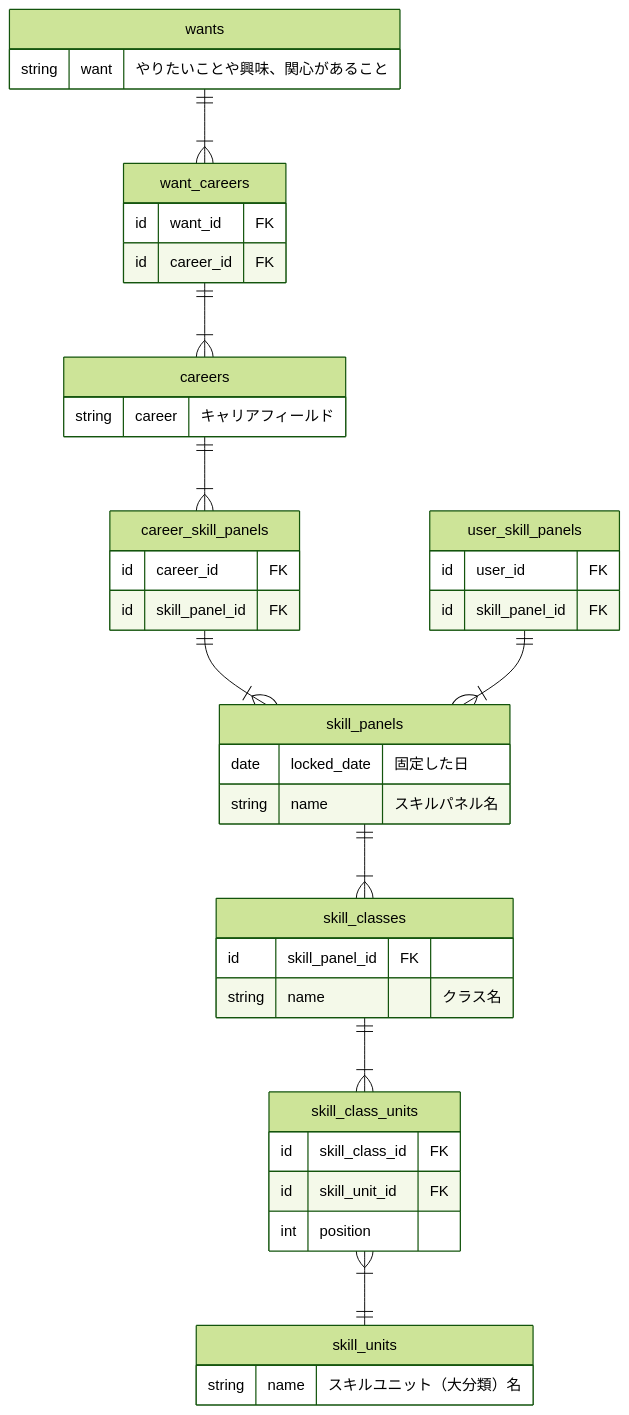
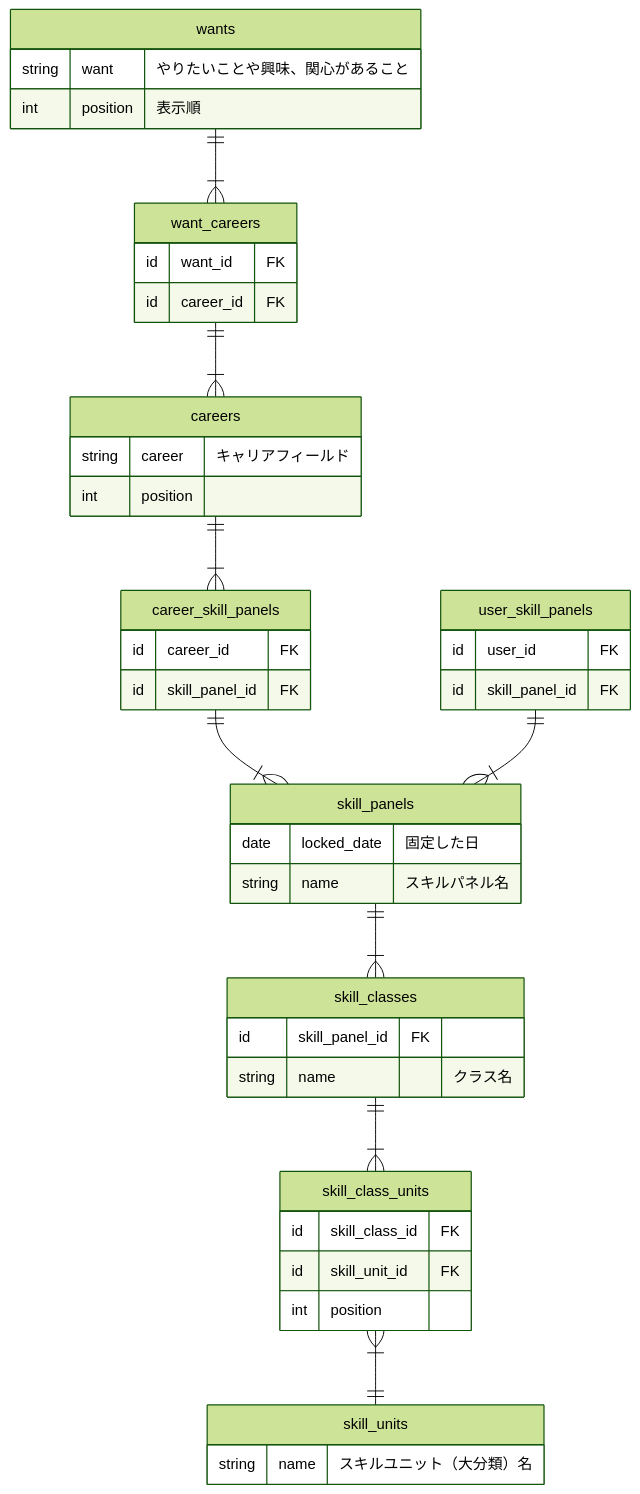
Before and after one commit to bright-org/bright: the diagram in docs/conceptual_schemas/onbordings.md, drawn with Mermaid (forest theme). The commit also changed other lines of this file, not shown here.

````diff
--- a/docs/conceptual_schemas/onbordings.md
+++ b/docs/conceptual_schemas/onbordings.md
@@ -12,55 +16,57 @@
 ```mermaid
 erDiagram
   wants ||--|{ want_careers : ""
   want_careers ||--|{ careers : ""
   careers ||--|{ career_skill_panels : ""
   career_skill_panels ||--|{ skill_panels : ""
   user_skill_panels ||--|{ skill_panels : ""
   skill_panels ||--|{ skill_classes : ""
   skill_classes ||--|{ skill_class_units : ""
   skill_class_units }|--|| skill_units : ""
 
   wants {
     string want "やりたいことや興味、関心があること"
+    int position "表示順"
   }
 
   want_careers {
     id want_id FK
     id career_id FK
   }
 
   careers {
     string career "キャリアフィールド"
+    int position
   }
 
   career_skill_panels {
     id career_id FK
     id skill_panel_id FK
   }
 
   skill_panels {
     date locked_date "固定した日"
     string name "スキルパネル名"
   }
 
   user_skill_panels {
     id user_id FK
     id skill_panel_id FK
   }
 
   skill_classes {
     id skill_panel_id FK
     string name "クラス名"
   }
 
   skill_class_units {
     id skill_class_id FK
     id skill_unit_id FK
     int position
   }
 
   skill_units {
     string name "スキルユニット（大分類）名"
   }
 
 ```
````
